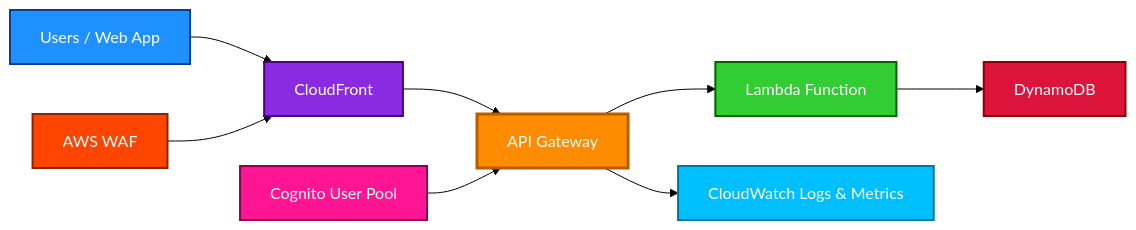
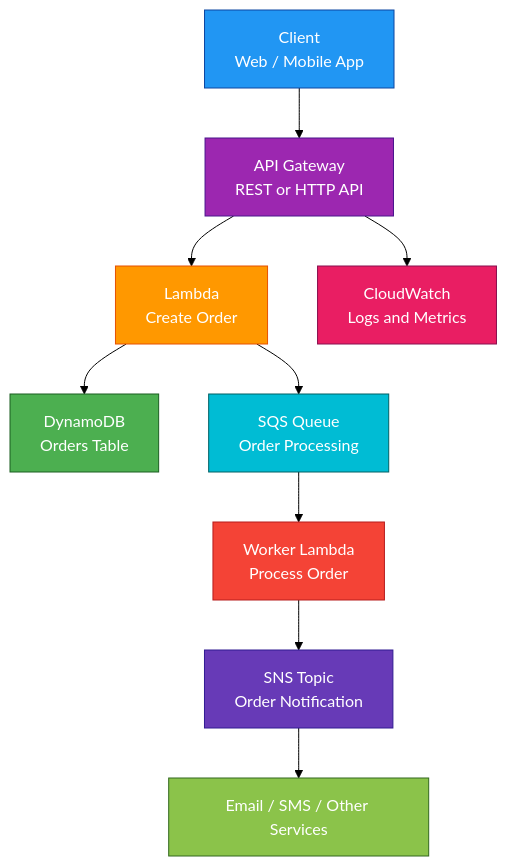
One commit to hsabit01/aws-study-guide changed the second of 2 diagrams in notes/API Gateway.md. Above: the diagram before and after it, drawn with Mermaid (forest theme). The commit also changed other lines of this file and 32 other files, not shown here.

````diff
--- a/notes/API Gateway.md
+++ b/notes/API Gateway.md
@@ -834,19 +781,24 @@
 ```mermaid
-flowchart LR
-    A[Users / Web App] --> B[CloudFront]
-    B --> C[API Gateway]
-    C --> D[Lambda Function]
-    D --> E[DynamoDB]
-    C --> F[CloudWatch Logs & Metrics]
-    G[Cognito User Pool] --> C
-    H[AWS WAF] --> B
+flowchart TD
+    A[Client<br/>Web / Mobile App] --> B[API Gateway<br/>REST or HTTP API]
 
-    style A fill:#1E90FF,color:#ffffff,stroke:#0B3D91,stroke-width:2px
-    style B fill:#8A2BE2,color:#ffffff,stroke:#4B0082,stroke-width:2px
-    style C fill:#FF8C00,color:#ffffff,stroke:#B85C00,stroke-width:3px
-    style D fill:#32CD32,color:#ffffff,stroke:#006400,stroke-width:2px
-    style E fill:#DC143C,color:#ffffff,stroke:#8B0000,stroke-width:2px
-    style F fill:#00BFFF,color:#ffffff,stroke:#0077A3,stroke-width:2px
-    style G fill:#FF1493,color:#ffffff,stroke:#8B0051,stroke-width:2px
-    style H fill:#FF4500,color:#ffffff,stroke:#8B2500,stroke-width:2px
+    B --> C[Lambda<br/>Create Order]
+    C --> D[DynamoDB<br/>Orders Table]
+    C --> E[SQS Queue<br/>Order Processing]
+
+    E --> F[Worker Lambda<br/>Process Order]
+    F --> G[SNS Topic<br/>Order Notification]
+    G --> H[Email / SMS / Other Services]
+
+    B --> I[CloudWatch<br/>Logs and Metrics]
+
+    style A fill:#2196F3,stroke:#0D47A1,color:#fff
+    style B fill:#9C27B0,stroke:#4A148C,color:#fff
+    style C fill:#FF9800,stroke:#E65100,color:#fff
+    style D fill:#4CAF50,stroke:#1B5E20,color:#fff
+    style E fill:#00BCD4,stroke:#006064,color:#fff
+    style F fill:#F44336,stroke:#B71C1C,color:#fff
+    style G fill:#673AB7,stroke:#311B92,color:#fff
+    style H fill:#8BC34A,stroke:#33691E,color:#fff
+    style I fill:#E91E63,stroke:#880E4F,color:#fff
 ```
````
